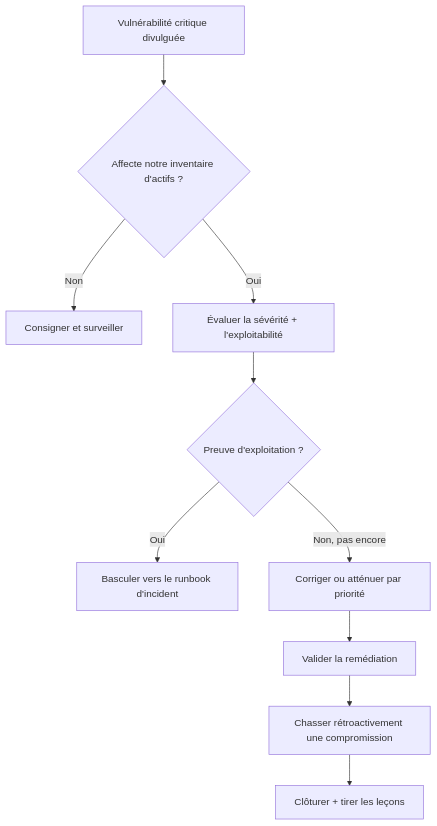
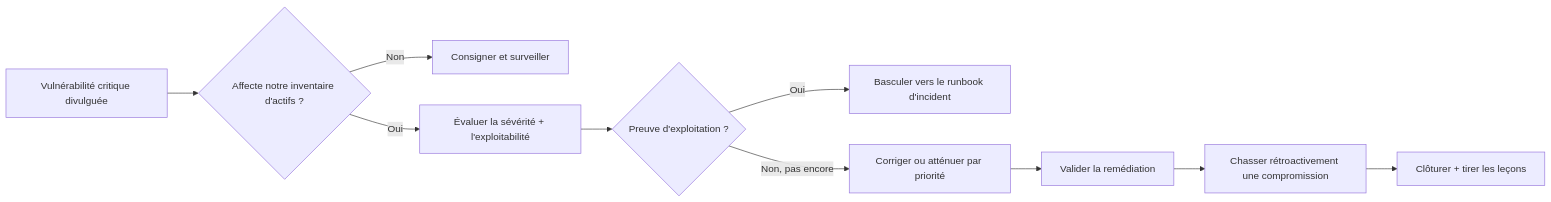
One commit to MiracleDvm/ir-firstline changed the diagram in docs/fr/runbooks/critical-vulnerability.md. Above: the diagram before and after it, drawn with Mermaid. The commit also changed other lines of this file and 26 other files, not shown here.

Commit message:
Fix decision-tree diagram sizing/legibility, add PDF export, land tool links -- Convert decision trees to horizontal/collapsible, link cited tools/sources

````diff
--- a/docs/fr/runbooks/critical-vulnerability.md
+++ b/docs/fr/runbooks/critical-vulnerability.md
@@ -28,12 +30,12 @@
-```mermaid
-flowchart TD
-    A[Vulnérabilité critique divulguée] --> B{Affecte notre inventaire d'actifs ?}
-    B -->|Non| C[Consigner et surveiller]
-    B -->|Oui| D[Évaluer la sévérité + l'exploitabilité]
-    D --> E{Preuve d'exploitation ?}
-    E -->|Oui| F[Basculer vers le runbook d'incident]
-    E -->|Non, pas encore| G[Corriger ou atténuer par priorité]
-    G --> H[Valider la remédiation]
-    H --> I[Chasser rétroactivement une compromission]
-    I --> J[Clôturer + tirer les leçons]
-```
+    ```mermaid
+    flowchart LR
+        A[Vulnérabilité critique divulguée] --> B{Affecte notre inventaire d'actifs ?}
+        B -->|Non| C[Consigner et surveiller]
+        B -->|Oui| D[Évaluer la sévérité + l'exploitabilité]
+        D --> E{Preuve d'exploitation ?}
+        E -->|Oui| F[Basculer vers le runbook d'incident]
+        E -->|Non, pas encore| G[Corriger ou atténuer par priorité]
+        G --> H[Valider la remédiation]
+        H --> I[Chasser rétroactivement une compromission]
+        I --> J[Clôturer + tirer les leçons]
+    ```
````
